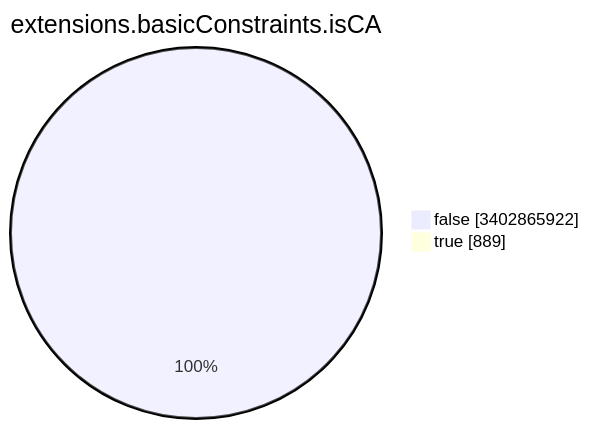
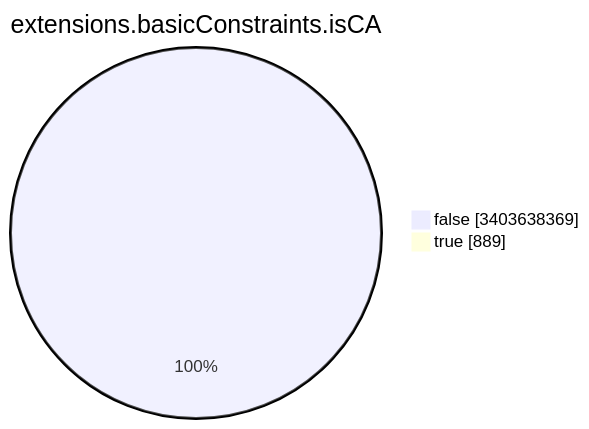
One commit to christiankrug/ctmonitor_visualization changed the seventh of 15 diagrams in TOTAL/README.md. Above: the diagram before and after it, drawn with Mermaid. The commit also changed other lines of this file, not shown here.

````diff
--- a/TOTAL/README.md
+++ b/TOTAL/README.md
@@ -3091,6 +3091,6 @@
 ```mermaid
 pie showData
 title extensions.basicConstraints.isCA
-"false" :3402865922
+"false" :3403638369
 "true" :889
 ```
````
